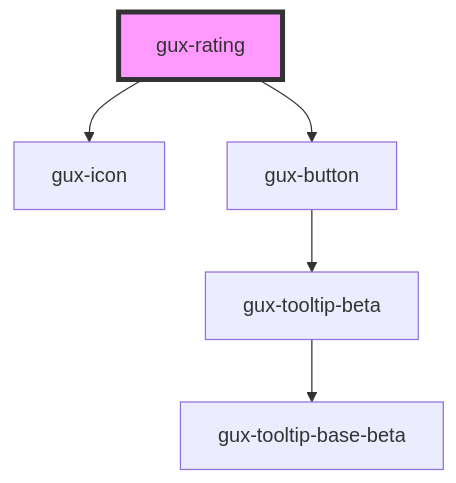
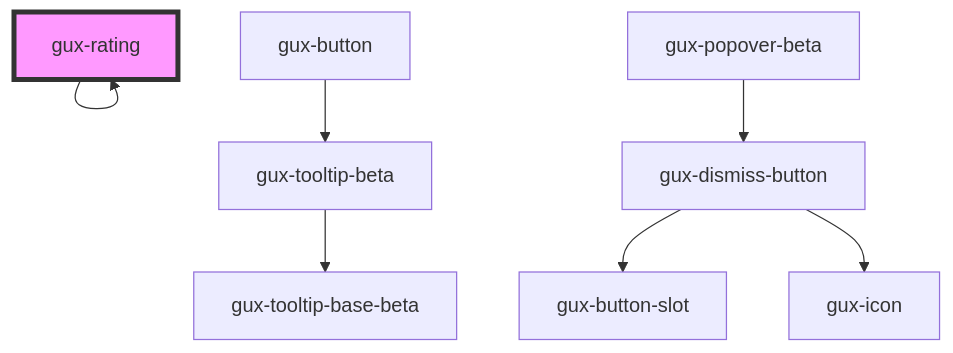
Before and after one commit to MyPureCloud/genesys-spark: the diagram in packages/genesys-spark-components/src/components/stable/gux-rating/readme.md, drawn with Mermaid. The commit also changed other lines of this file and 3 other files, not shown here.

````diff
--- a/packages/genesys-spark-components/src/components/stable/gux-rating/readme.md
+++ b/packages/genesys-spark-components/src/components/stable/gux-rating/readme.md
@@ -33,8 +39,10 @@
 ```mermaid
 graph TD;
-  gux-rating --> gux-icon
-  gux-rating --> gux-button
+  gux-rating --> gux-rating
   gux-button --> gux-tooltip-beta
   gux-tooltip-beta --> gux-tooltip-base-beta
+  gux-popover-beta --> gux-dismiss-button
+  gux-dismiss-button --> gux-button-slot
+  gux-dismiss-button --> gux-icon
   style gux-rating fill:#f9f,stroke:#333,stroke-width:4px
 ```
````
